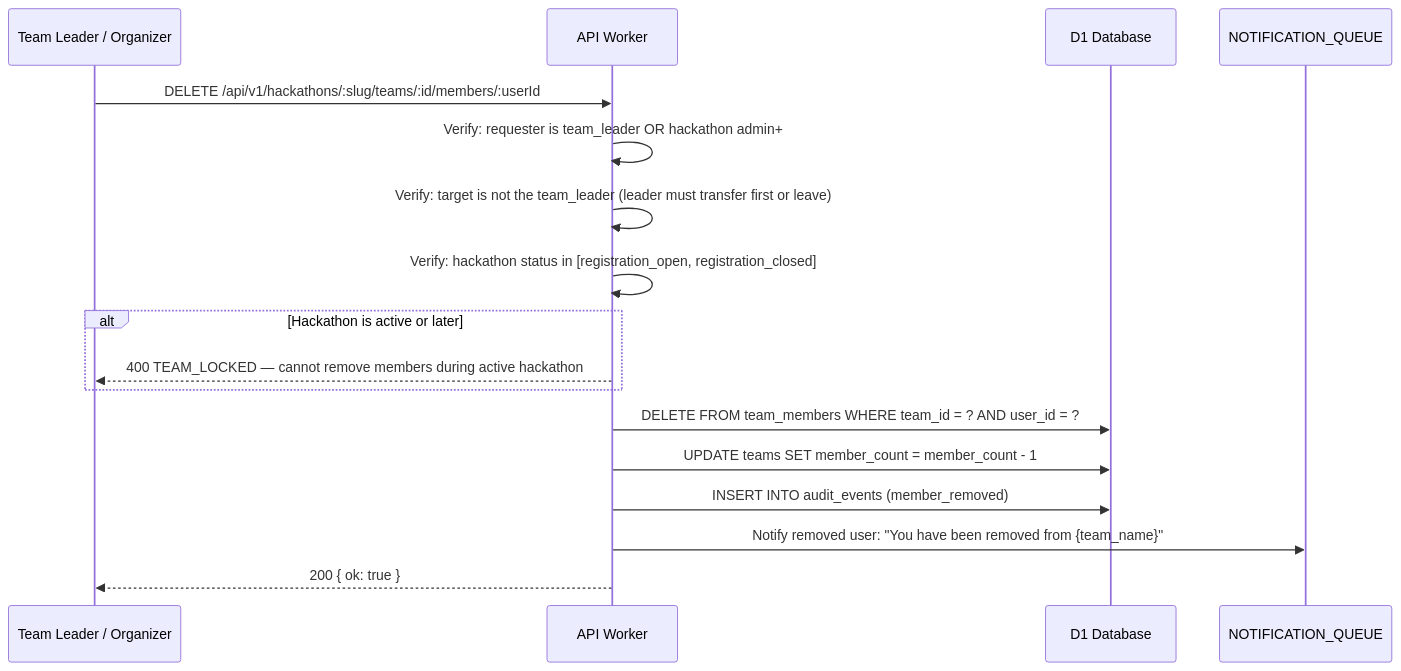
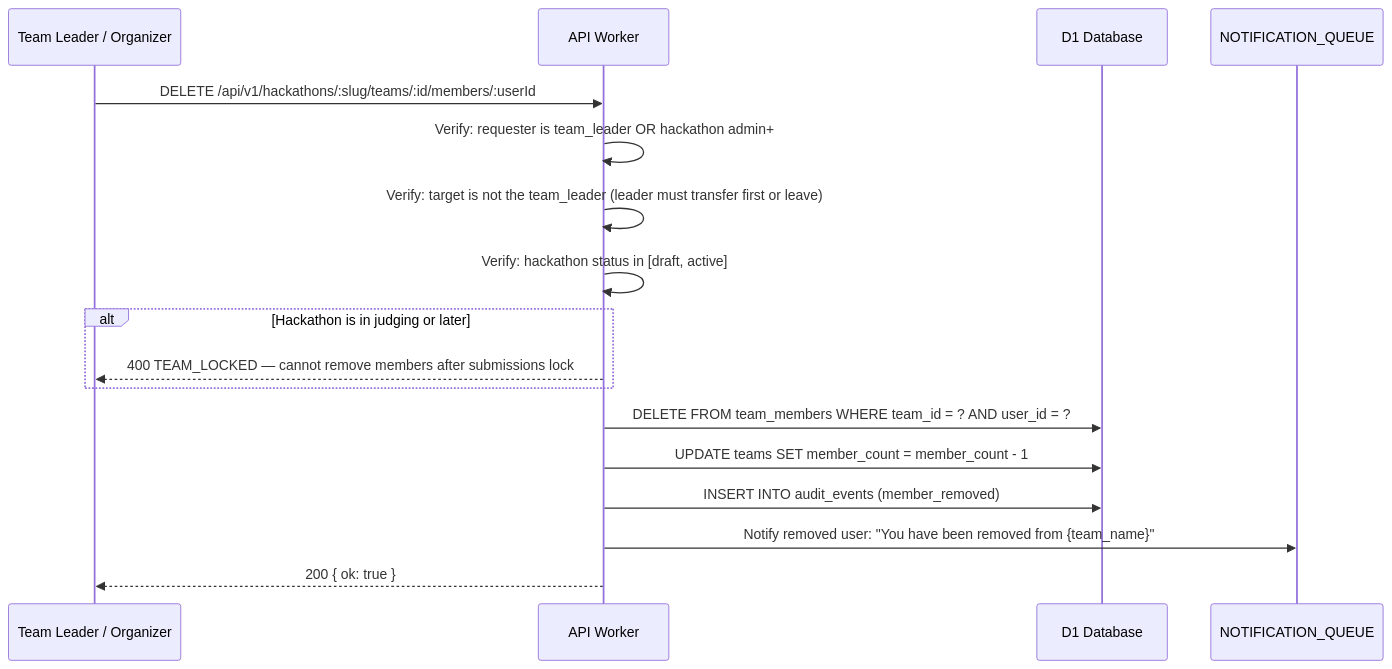
The ninth of 11 diagrams in docs/v3/planned/team-management.md (devangshupandey2025-stack/DevSage), drawn with Mermaid before and after one commit. The commit also changed other lines of this file, not shown here.

````diff
--- a/docs/v3/planned/team-management.md
+++ b/docs/v3/planned/team-management.md
@@ -448,22 +342,22 @@
 ```mermaid
 sequenceDiagram
     participant L as Team Leader / Organizer
     participant W as API Worker
     participant D1 as D1 Database
     participant Q as NOTIFICATION_QUEUE
 
     L->>W: DELETE /api/v1/hackathons/:slug/teams/:id/members/:userId
     W->>W: Verify: requester is team_leader OR hackathon admin+
     W->>W: Verify: target is not the team_leader (leader must transfer first or leave)
-    W->>W: Verify: hackathon status in [registration_open, registration_closed]
+    W->>W: Verify: hackathon status in [draft, active]
 
-    alt Hackathon is active or later
-        W-->>L: 400 TEAM_LOCKED — cannot remove members during active hackathon
+    alt Hackathon is in judging or later
+        W-->>L: 400 TEAM_LOCKED — cannot remove members after submissions lock
     end
 
     W->>D1: DELETE FROM team_members WHERE team_id = ? AND user_id = ?
     W->>D1: UPDATE teams SET member_count = member_count - 1
     W->>D1: INSERT INTO audit_events (member_removed)
     W->>Q: Notify removed user: "You have been removed from {team_name}"
     W-->>L: 200 { ok: true }
 ```
````
